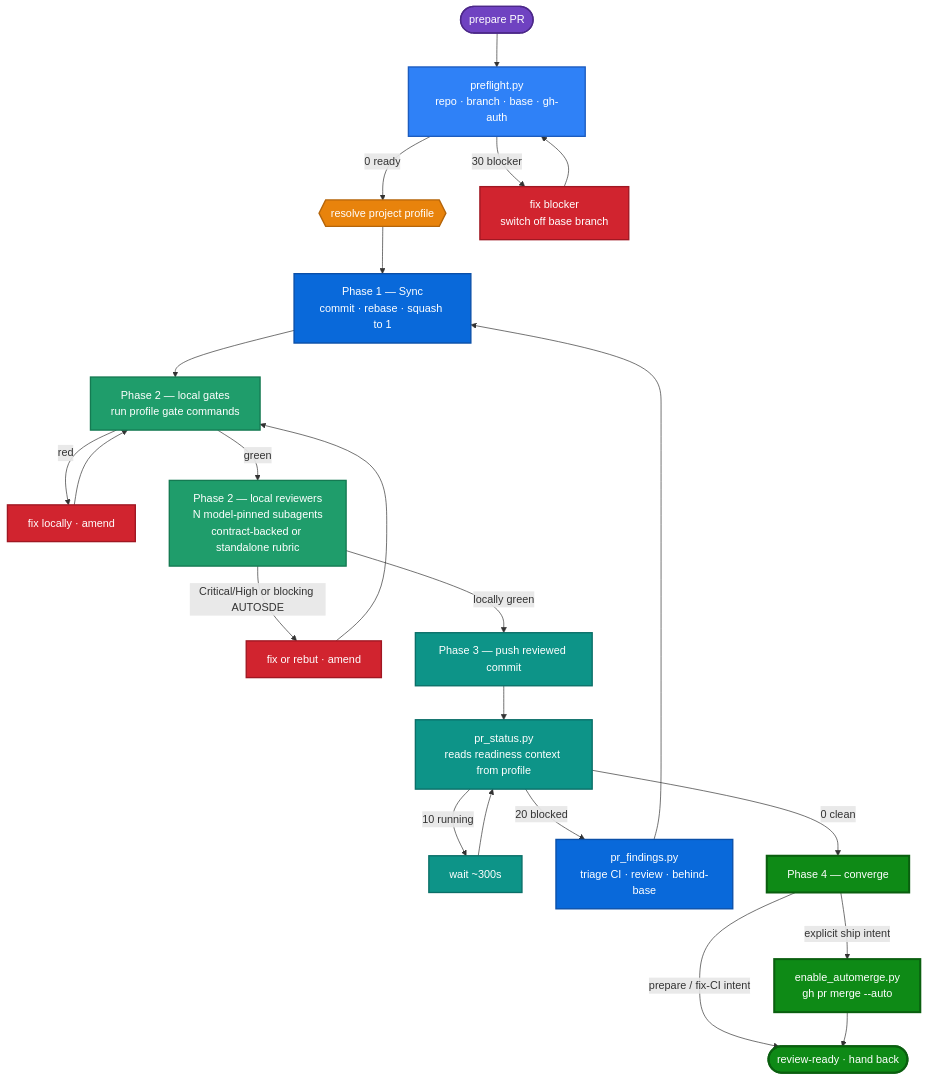
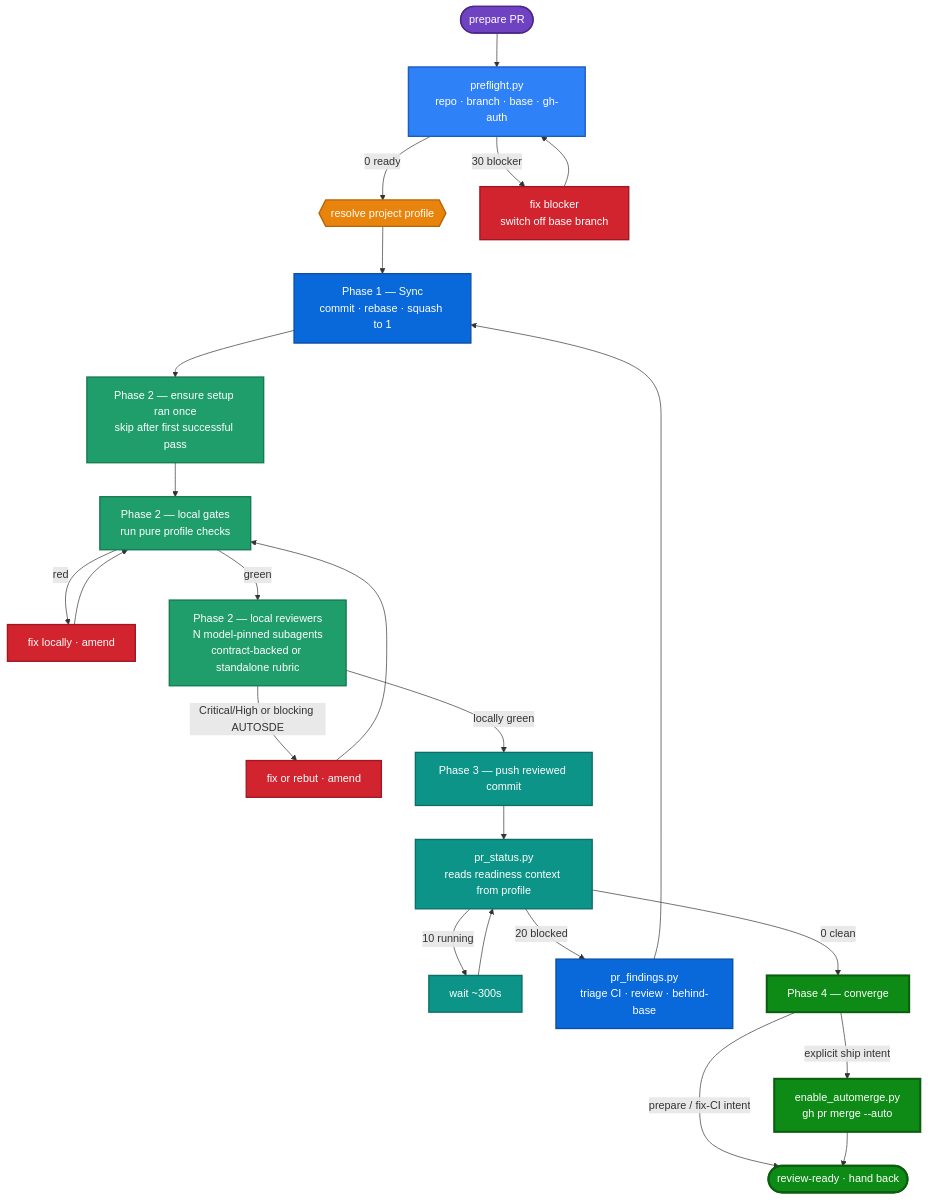
One commit to Arin016/KiroCrew changed the first of 2 diagrams in docs/ci/prepare-pr-portability.md. Above: the diagram before and after it, drawn with Mermaid. The commit also changed other lines of this file and 5 other files, not shown here.

Commit message:
refactor(prepare-pr): separate setup from validation gates

````diff
--- a/docs/ci/prepare-pr-portability.md
+++ b/docs/ci/prepare-pr-portability.md
@@ -196,44 +204,45 @@
 ```mermaid
 flowchart TB
     START(["prepare PR"]) --> PF["preflight.py<br/>repo · branch · base · gh-auth"]
     PF -->|"0 ready"| RES{{"resolve project profile"}}
     PF -->|"30 blocker"| FIXB["fix blocker<br/>switch off base branch"]
     FIXB --> PF
 
     RES --> SYNC["Phase 1 — Sync<br/>commit · rebase · squash to 1"]
-    SYNC --> GATE["Phase 2 — local gates<br/>run profile gate commands"]
+    SYNC --> SETUP["Phase 2 — ensure setup ran once<br/>skip after first successful pass"]
+    SETUP --> GATE["Phase 2 — local gates<br/>run pure profile checks"]
     GATE -->|"red"| FIXG["fix locally · amend"]
     FIXG --> GATE
     GATE -->|"green"| MIRROR["Phase 2 — local reviewers<br/>N model-pinned subagents<br/>contract-backed or standalone rubric"]
     MIRROR -->|"Critical/High or blocking AUTOSDE"| FIXR["fix or rebut · amend"]
     FIXR --> GATE
     MIRROR -->|"locally green"| PUSH["Phase 3 — push reviewed commit"]
     PUSH --> POLL["pr_status.py<br/>reads readiness context from profile"]
 
     POLL -->|"10 running"| WAIT["wait ~300s"]
     WAIT --> POLL
     POLL -->|"20 blocked"| FIND["pr_findings.py<br/>triage CI · review · behind-base"]
     FIND --> SYNC
     POLL -->|"0 clean"| CONV["Phase 4 — converge"]
     CONV -->|"explicit ship intent"| AM["enable_automerge.py<br/>gh pr merge --auto"]
     CONV -->|"prepare / fix-CI intent"| DONE(["review-ready · hand back"])
     AM --> DONE
 
     classDef start fill:#6f42c1,stroke:#4c2889,stroke-width:2px,color:#fff;
     classDef pf fill:#2f81f7,stroke:#1c5cbf,stroke-width:2px,color:#fff;
     classDef prof fill:#e8830c,stroke:#b5650a,stroke-width:2px,color:#fff;
     classDef sync fill:#0969da,stroke:#0a4fa8,stroke-width:2px,color:#fff;
     classDef gate fill:#1f9d6b,stroke:#157a52,stroke-width:2px,color:#fff;
     classDef push fill:#0d9488,stroke:#0a6f68,stroke-width:2px,color:#fff;
     classDef fix fill:#d1242f,stroke:#a01722,stroke-width:2px,color:#fff;
     classDef done fill:#0e8a16,stroke:#0a5f0f,stroke-width:3px,color:#fff;
 
     class START start;
     class PF pf;
     class RES prof;
     class SYNC,FIND sync;
-    class GATE,MIRROR gate;
+    class SETUP,GATE,MIRROR gate;
     class PUSH,POLL,WAIT push;
     class FIXB,FIXG,FIXR fix;
     class CONV,AM,DONE done;
 ```
````
